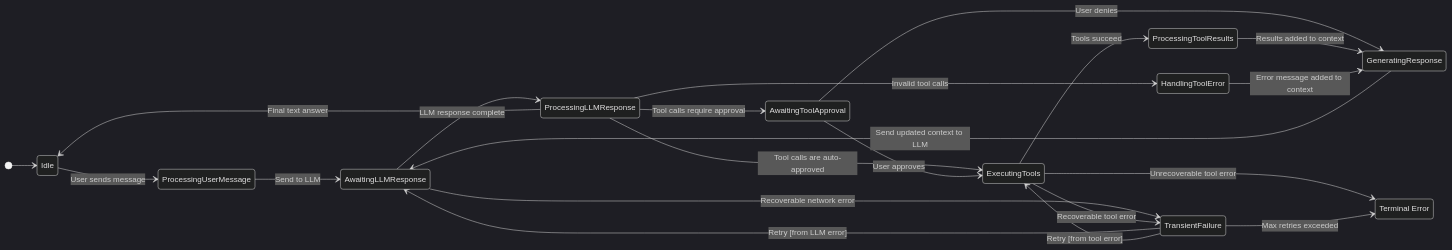
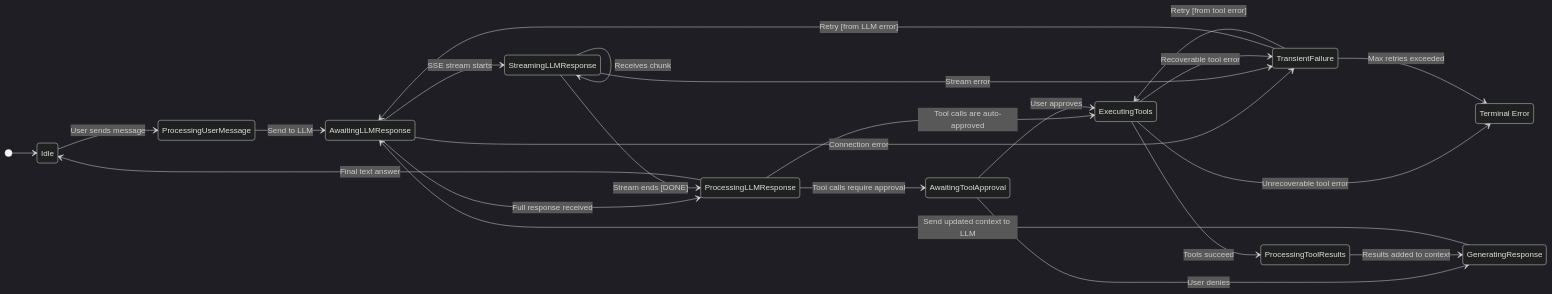
Before and after one commit to bigduu/copilot_client_app: the third of 5 diagrams in .kilocode/rules/memory-bank/architecture.md, drawn with Mermaid (dark theme). The commit also changed other lines of this file and 4 other files, not shown here.

Commit message:
feat: implement finite state machine for ChatContext to manage conversation lifecycle and enhance error handling

````diff
--- a/.kilocode/rules/memory-bank/architecture.md
+++ b/.kilocode/rules/memory-bank/architecture.md
@@ -111,25 +116,34 @@
 ```mermaid
 stateDiagram-v2
     direction LR
     [*] --> Idle
     Idle --> ProcessingUserMessage: User sends message
     ProcessingUserMessage --> AwaitingLLMResponse: Send to LLM
-    AwaitingLLMResponse --> ProcessingLLMResponse: LLM response complete
-    AwaitingLLMResponse --> TransientFailure: Recoverable network error
+    AwaitingLLMResponse --> StreamingLLMResponse: SSE stream starts
+    AwaitingLLMResponse --> ProcessingLLMResponse: Full response received
+    AwaitingLLMResponse --> TransientFailure: Connection error
+    
+    StreamingLLMResponse --> StreamingLLMResponse: Receives chunk
+    StreamingLLMResponse --> ProcessingLLMResponse: Stream ends [DONE]
+    StreamingLLMResponse --> TransientFailure: Stream error
+
     ProcessingLLMResponse --> AwaitingToolApproval: Tool calls require approval
     ProcessingLLMResponse --> ExecutingTools: Tool calls are auto-approved
-    ProcessingLLMResponse --> HandlingToolError: Invalid tool calls
     ProcessingLLMResponse --> Idle: Final text answer
+    
     AwaitingToolApproval --> ExecutingTools: User approves
     AwaitingToolApproval --> GeneratingResponse: User denies
+    
     ExecutingTools --> ProcessingToolResults: Tools succeed
     ExecutingTools --> TransientFailure: Recoverable tool error
     ExecutingTools --> Failed: Unrecoverable tool error
+    
     ProcessingToolResults --> GeneratingResponse: Results added to context
-    HandlingToolError --> GeneratingResponse: Error message added to context
     GeneratingResponse --> AwaitingLLMResponse: Send updated context to LLM
+    
     TransientFailure --> AwaitingLLMResponse: Retry [from LLM error]
     TransientFailure --> ExecutingTools: Retry [from tool error]
     TransientFailure --> Failed: Max retries exceeded
+    
     state "Terminal Error" as Failed
 ```
````
